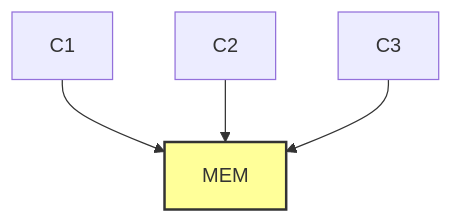
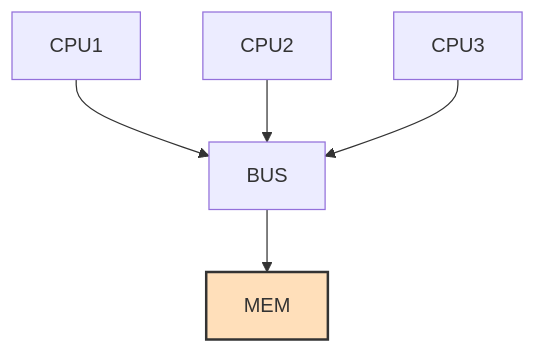
One commit to rakeshvytla9/gk-notes changed the fourth of 4 diagrams in os.md. Above: the diagram before and after it, drawn with Mermaid. The commit also changed other lines of this file, not shown here.

````diff
--- a/os.md
+++ b/os.md
@@ -118,8 +156,9 @@
 ```mermaid
 graph TD
-    C1 --> MEM
-    C2 --> MEM
-    C3 --> MEM
+    CPU1 --> BUS
+    CPU2 --> BUS
+    CPU3 --> BUS
+    BUS --> MEM
     
-    style MEM fill:#ff9,stroke:#333,stroke-width:2px
+    style MEM fill:#ffdfba,stroke:#333,stroke-width:2px
 ```
````
